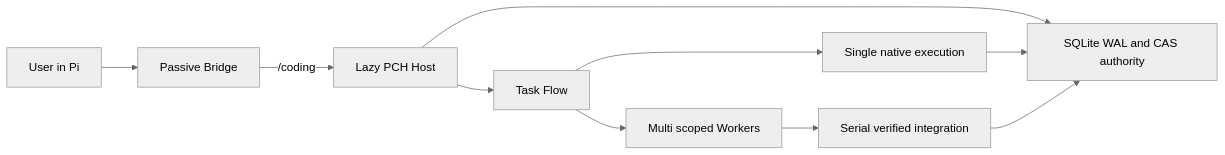
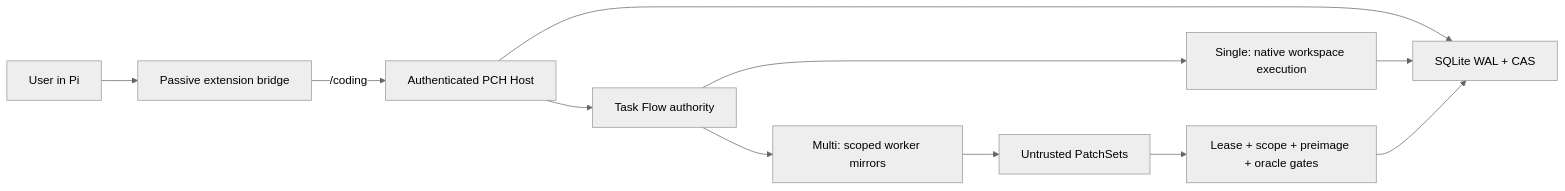
One commit to KirschBluteX/pi-coding-harness changed the diagram in README.md. Above: the diagram before and after it, drawn with Mermaid (neutral theme). The commit also changed other lines of this file and 208 other files, not shown here.

````diff
--- a/README.md
+++ b/README.md
@@ -31,12 +51,13 @@
 ```mermaid
 flowchart LR
-  U["User in Pi"] --> B["Passive Bridge"]
-  B -->|"/coding"| H["Lazy PCH Host"]
-  H --> T["Task Flow"]
-  H --> A["SQLite WAL and CAS authority"]
-  T --> S["Single native execution"]
-  T --> M["Multi scoped Workers"]
-  M --> I["Serial verified integration"]
-  S --> A
-  I --> A
+  U["User in Pi"] --> B["Passive extension bridge"]
+  B -->|"/coding"| H["Authenticated PCH Host"]
+  H --> T["Task Flow authority"]
+  H --> D["SQLite WAL + CAS"]
+  T --> S["Single: native workspace execution"]
+  T --> M["Multi: scoped worker mirrors"]
+  M --> P["Untrusted PatchSets"]
+  P --> V["Lease + scope + preimage + oracle gates"]
+  S --> D
+  V --> D
 ```
````
